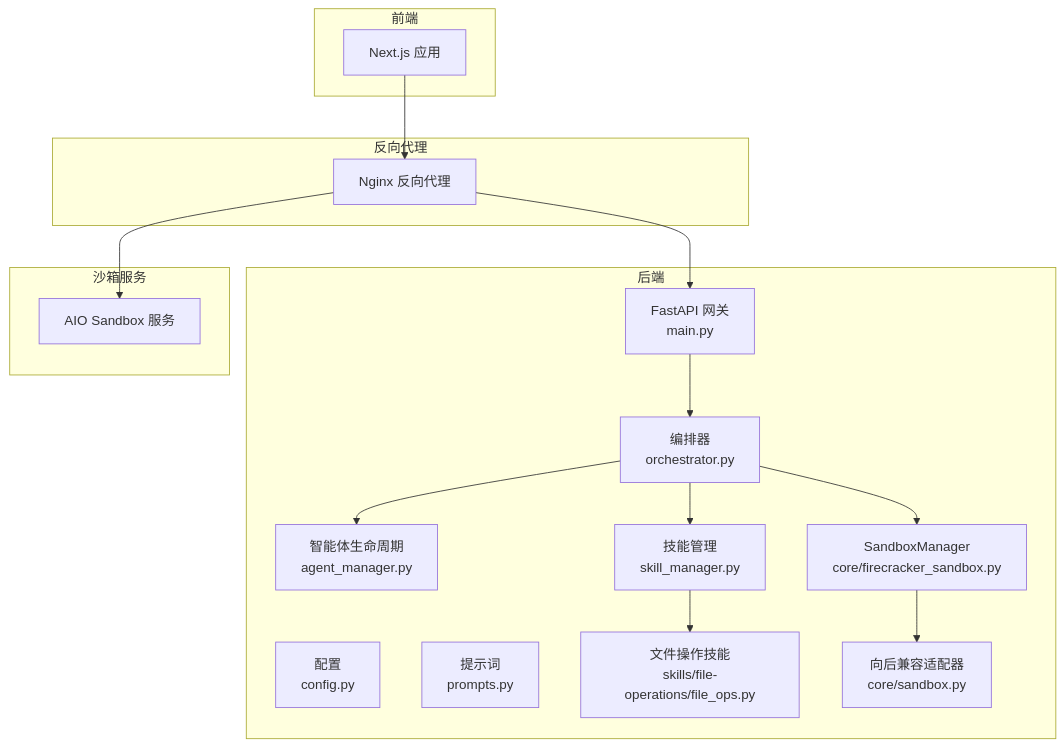
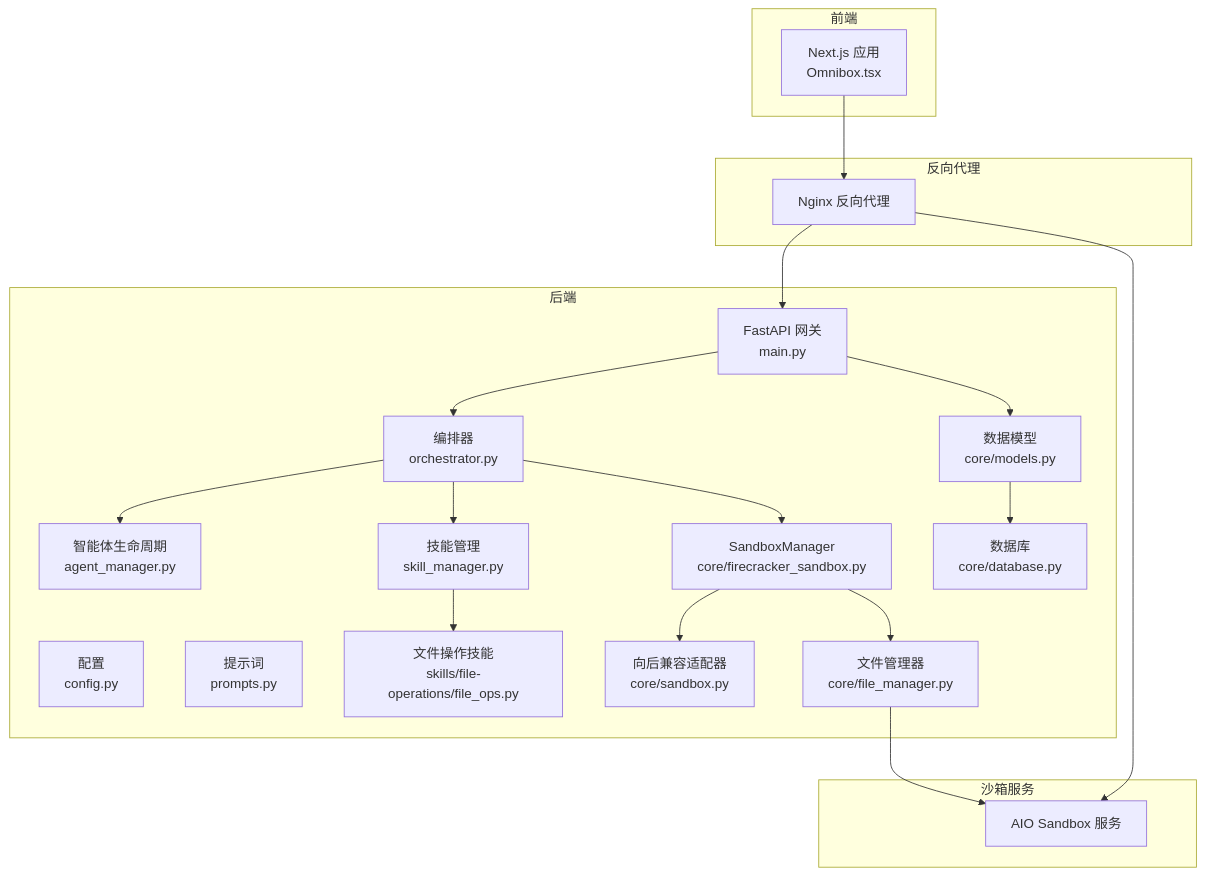
The first of 9 diagrams in .qoder/repowiki/zh/content/系统架构设计/Firecracker 沙箱执行架构/Firecracker 沙箱执行架构.md (zhangdahai112/LocalManus), drawn with Mermaid before and after one commit. The commit also changed other lines of this file and 19 other files, not shown here.

````diff
--- a/.qoder/repowiki/zh/content/系统架构设计/Firecracker 沙箱执行架构/Firecracker 沙箱执行架构.md
+++ b/.qoder/repowiki/zh/content/系统架构设计/Firecracker 沙箱执行架构/Firecracker 沙箱执行架构.md
@@ -80,32 +92,39 @@
 ```mermaid
 graph TB
 subgraph "后端"
 API["FastAPI 网关<br/>main.py"]
 ORCH["编排器<br/>orchestrator.py"]
 AGM["智能体生命周期<br/>agent_manager.py"]
 CFG["配置<br/>config.py"]
 PROM["提示词<br/>prompts.py"]
 SM["技能管理<br/>skill_manager.py"]
 FB["文件操作技能<br/>skills/file-operations/file_ops.py"]
 SB["SandboxManager<br/>core/firecracker_sandbox.py"]
 LEG["向后兼容适配器<br/>core/sandbox.py"]
+FM["文件管理器<br/>core/file_manager.py"]
+MODELS["数据模型<br/>core/models.py"]
+DB["数据库<br/>core/database.py"]
 end
 subgraph "前端"
-UI["Next.js 应用"]
+UI["Next.js 应用<br/>Omnibox.tsx"]
 end
 subgraph "反向代理"
 NGINX["Nginx 反向代理"]
 end
 subgraph "沙箱服务"
 SANDBOX["AIO Sandbox 服务"]
 end
 UI --> NGINX
 NGINX --> API
 API --> ORCH
 ORCH --> AGM
 ORCH --> SM
 SM --> FB
 ORCH --> SB
 SB --> LEG
+SB --> FM
+FM --> SANDBOX
+API --> MODELS
+MODELS --> DB
 NGINX --> SANDBOX
 ```
````
